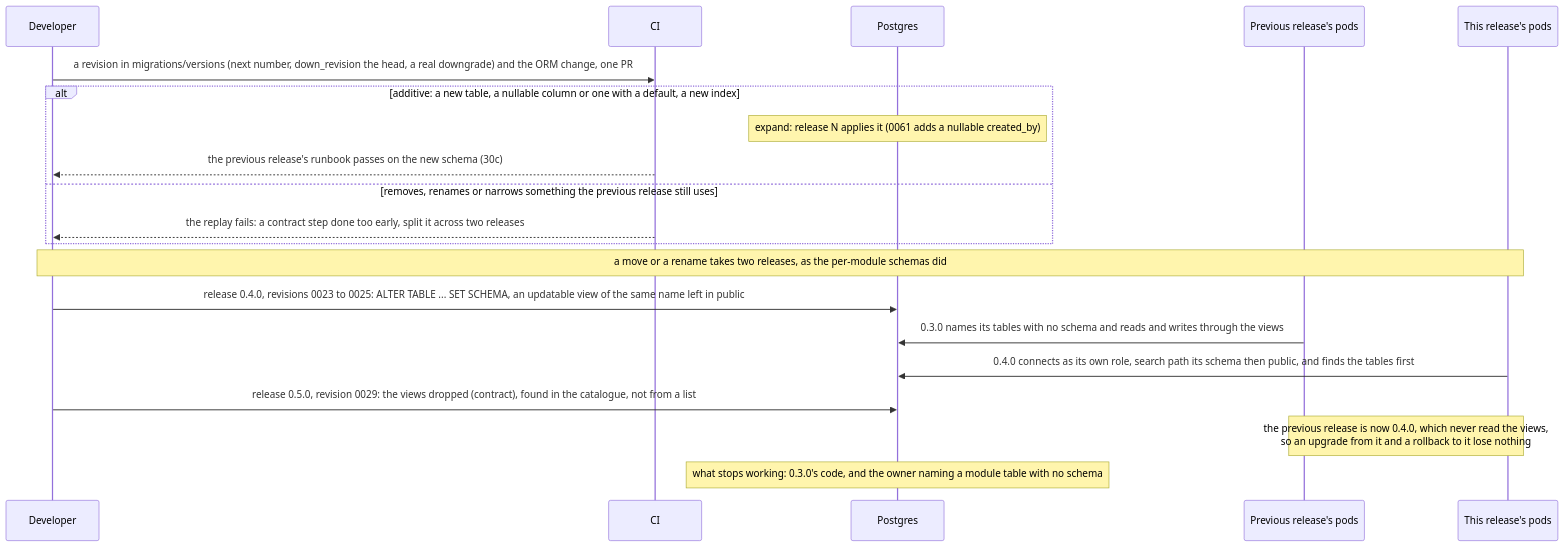
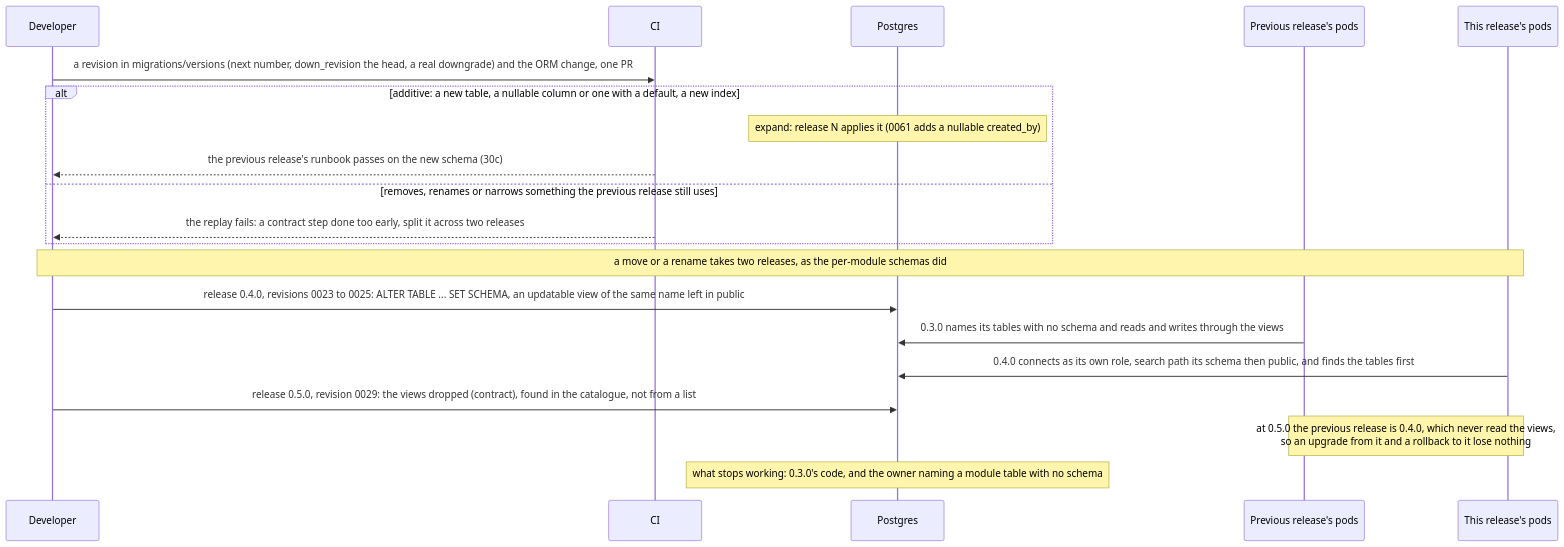
The second of 5 diagrams in smo/docs/call-flows/30-upgrade-and-rollback.md (rsys-bshankar/ai-ran-smo), drawn with Mermaid before and after one commit. The commit also changed other lines of this file and 44 other files, not shown here.

````diff
--- a/smo/docs/call-flows/30-upgrade-and-rollback.md
+++ b/smo/docs/call-flows/30-upgrade-and-rollback.md
@@ -80,23 +83,23 @@
 ```mermaid
 sequenceDiagram
     participant D as Developer
     participant CI as CI
     participant DB as Postgres
     participant P as Previous release's pods
     participant N as This release's pods
 
     D->>CI: a revision in migrations/versions (next number, down_revision the head, a real downgrade) and the ORM change, one PR
     alt additive: a new table, a nullable column or one with a default, a new index
         Note over DB: expand: release N applies it (0061 adds a nullable created_by)
         CI-->>D: the previous release's runbook passes on the new schema (30c)
     else removes, renames or narrows something the previous release still uses
         CI-->>D: the replay fails: a contract step done too early, split it across two releases
     end
     Note over D,N: a move or a rename takes two releases, as the per-module schemas did
     D->>DB: release 0.4.0, revisions 0023 to 0025: ALTER TABLE ... SET SCHEMA, an updatable view of the same name left in public
     P->>DB: 0.3.0 names its tables with no schema and reads and writes through the views
     N->>DB: 0.4.0 connects as its own role, search path its schema then public, and finds the tables first
     D->>DB: release 0.5.0, revision 0029: the views dropped (contract), found in the catalogue, not from a list
-    Note over P,N: the previous release is now 0.4.0, which never read the views,<br/>so an upgrade from it and a rollback to it lose nothing
+    Note over P,N: at 0.5.0 the previous release is 0.4.0, which never read the views,<br/>so an upgrade from it and a rollback to it lose nothing
     Note over DB: what stops working: 0.3.0's code, and the owner naming a module table with no schema
 ```
````
